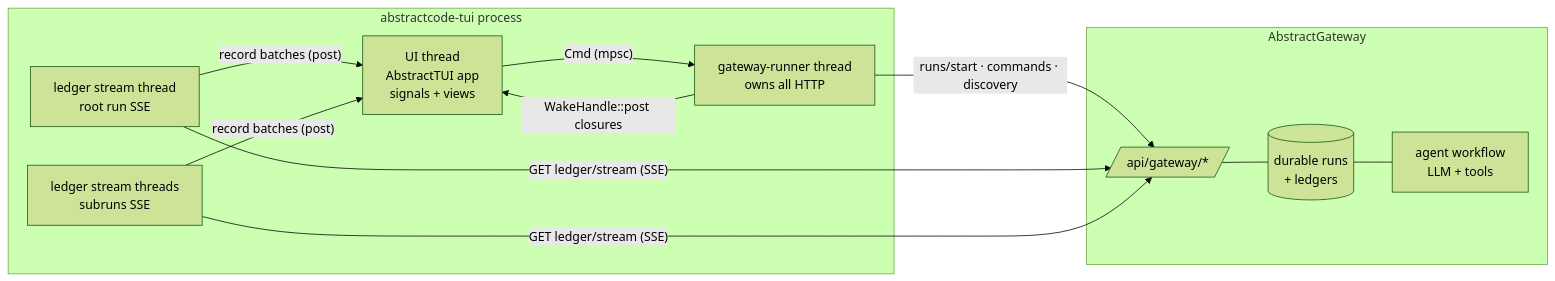
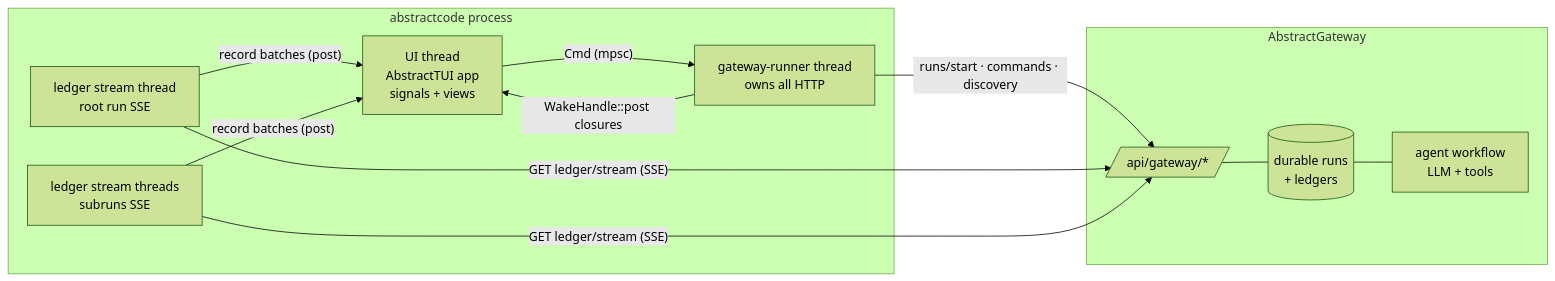
Before and after one commit to lpalbou/AbstractCode: the first of 2 diagrams in tui/docs/architecture.md, drawn with Mermaid (forest theme). The commit also changed other lines of this file and 90 other files, not shown here.

First line of the commit message:
Rename the terminal client to abstractcode

````diff
--- a/tui/docs/architecture.md
+++ b/tui/docs/architecture.md
@@ -11,23 +11,23 @@
 ```mermaid
 flowchart LR
-  subgraph terminal [abstractcode-tui process]
+  subgraph terminal [abstractcode process]
     UI[UI thread<br/>AbstractTUI app<br/>signals + views]
     W[gateway-runner thread<br/>owns all HTTP]
     S1[ledger stream thread<br/>root run SSE]
     S2[ledger stream threads<br/>subruns SSE]
   end
   subgraph gw [AbstractGateway]
     API[/api/gateway/*/]
     RUNS[(durable runs<br/>+ ledgers)]
     AGENT[agent workflow<br/>LLM + tools]
   end
   UI -- "Cmd (mpsc)" --> W
   W -- "WakeHandle::post closures" --> UI
   S1 -- "record batches (post)" --> UI
   S2 -- "record batches (post)" --> UI
   W -- "runs/start · commands · discovery" --> API
   S1 -- "GET ledger/stream (SSE)" --> API
   S2 -- "GET ledger/stream (SSE)" --> API
   API --- RUNS
   RUNS --- AGENT
 ```
````
